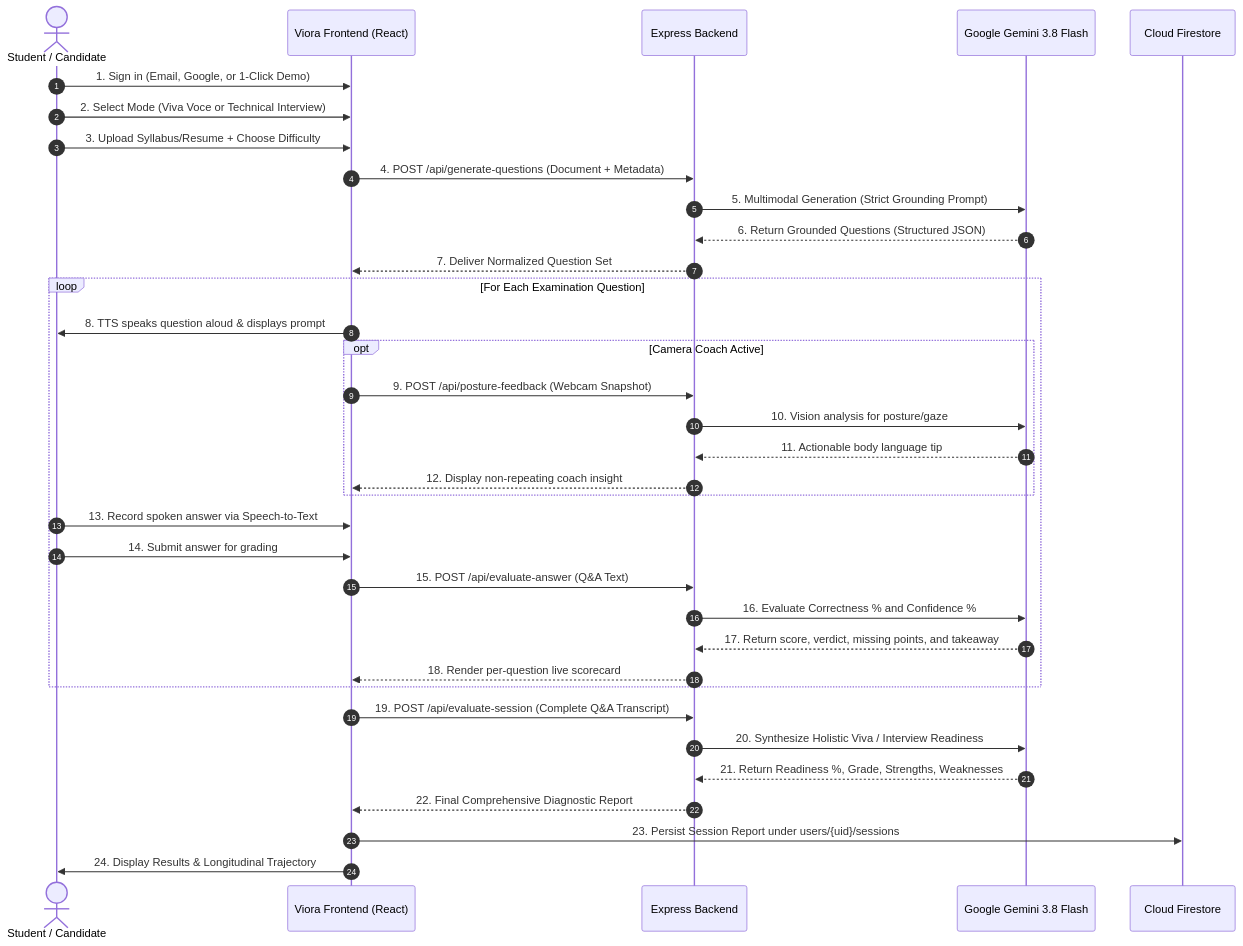
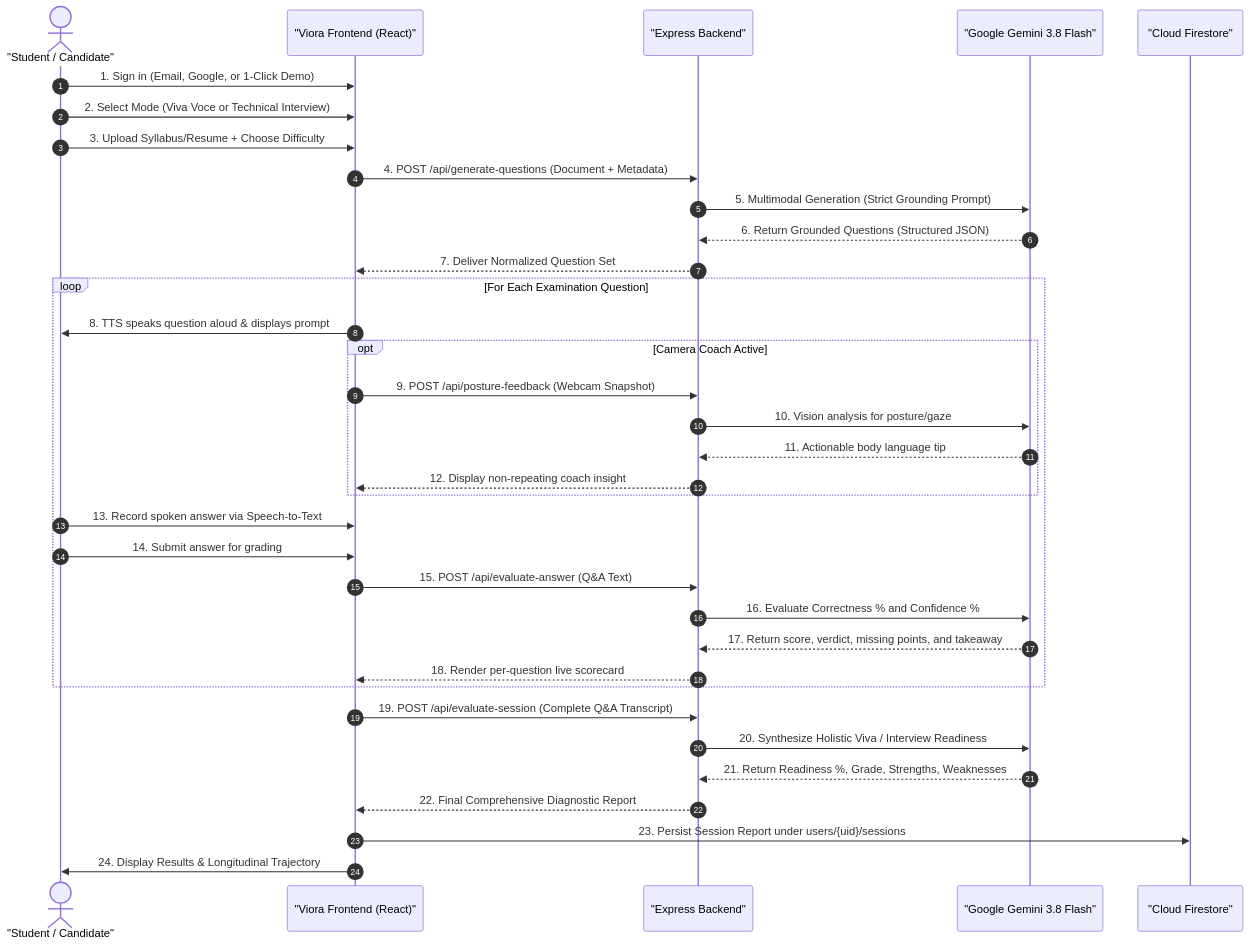
The third of 3 diagrams in README.md (vasu639/VIORA-AI-), drawn with Mermaid before and after one commit. The commit also changed other lines of this file, not shown here.

First line of the commit message:
docs: fix Mermaid diagram line breaks in README

````diff
--- a/README.md
+++ b/README.md
@@ -302,40 +302,40 @@
 ```mermaid
 sequenceDiagram
     autonumber
-    actor Candidate as Student / Candidate
-    participant App as Viora Frontend (React)
-    participant Server as Express Backend
-    participant Gemini as Google Gemini 3.8 Flash
-    participant DB as Cloud Firestore
+    actor Candidate as "Student / Candidate"
+    participant App as "Viora Frontend (React)"
+    participant Server as "Express Backend"
+    participant Gemini as "Google Gemini 3.8 Flash"
+    participant DB as "Cloud Firestore"
 
     Candidate->>App: 1. Sign in (Email, Google, or 1-Click Demo)
     Candidate->>App: 2. Select Mode (Viva Voce or Technical Interview)
     Candidate->>App: 3. Upload Syllabus/Resume + Choose Difficulty
     App->>Server: 4. POST /api/generate-questions (Document + Metadata)
     Server->>Gemini: 5. Multimodal Generation (Strict Grounding Prompt)
     Gemini-->>Server: 6. Return Grounded Questions (Structured JSON)
     Server-->>App: 7. Deliver Normalized Question Set
 
     loop For Each Examination Question
         App->>Candidate: 8. TTS speaks question aloud & displays prompt
         opt Camera Coach Active
             App->>Server: 9. POST /api/posture-feedback (Webcam Snapshot)
             Server->>Gemini: 10. Vision analysis for posture/gaze
             Gemini-->>Server: 11. Actionable body language tip
             Server-->>App: 12. Display non-repeating coach insight
         end
         Candidate->>App: 13. Record spoken answer via Speech-to-Text
         Candidate->>App: 14. Submit answer for grading
         App->>Server: 15. POST /api/evaluate-answer (Q&A Text)
         Server->>Gemini: 16. Evaluate Correctness % and Confidence %
         Gemini-->>Server: 17. Return score, verdict, missing points, and takeaway
         Server-->>App: 18. Render per-question live scorecard
     end
 
     App->>Server: 19. POST /api/evaluate-session (Complete Q&A Transcript)
     Server->>Gemini: 20. Synthesize Holistic Viva / Interview Readiness
     Gemini-->>Server: 21. Return Readiness %, Grade, Strengths, Weaknesses
     Server-->>App: 22. Final Comprehensive Diagnostic Report
     App->>DB: 23. Persist Session Report under users/{uid}/sessions
     App->>Candidate: 24. Display Results & Longitudinal Trajectory
 ```
````
